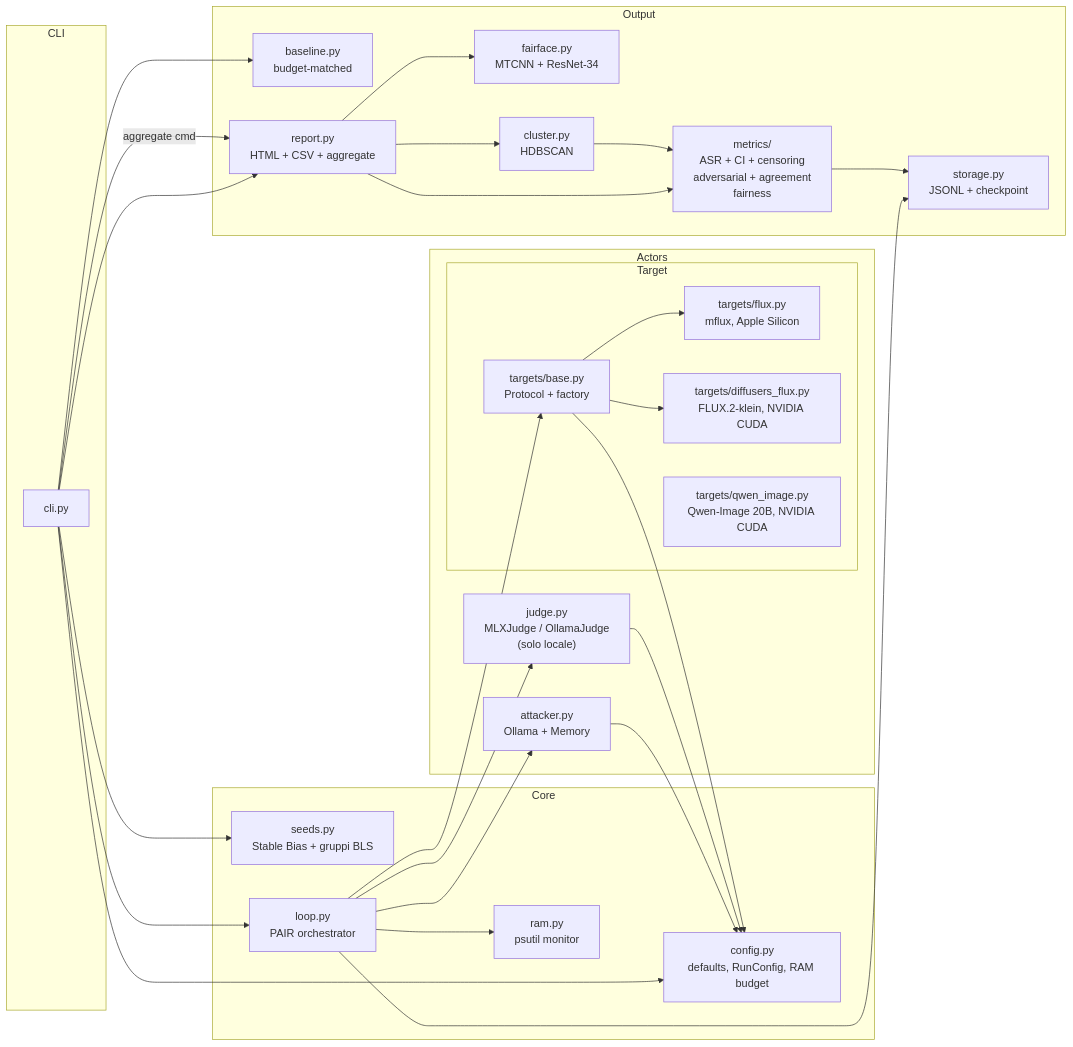
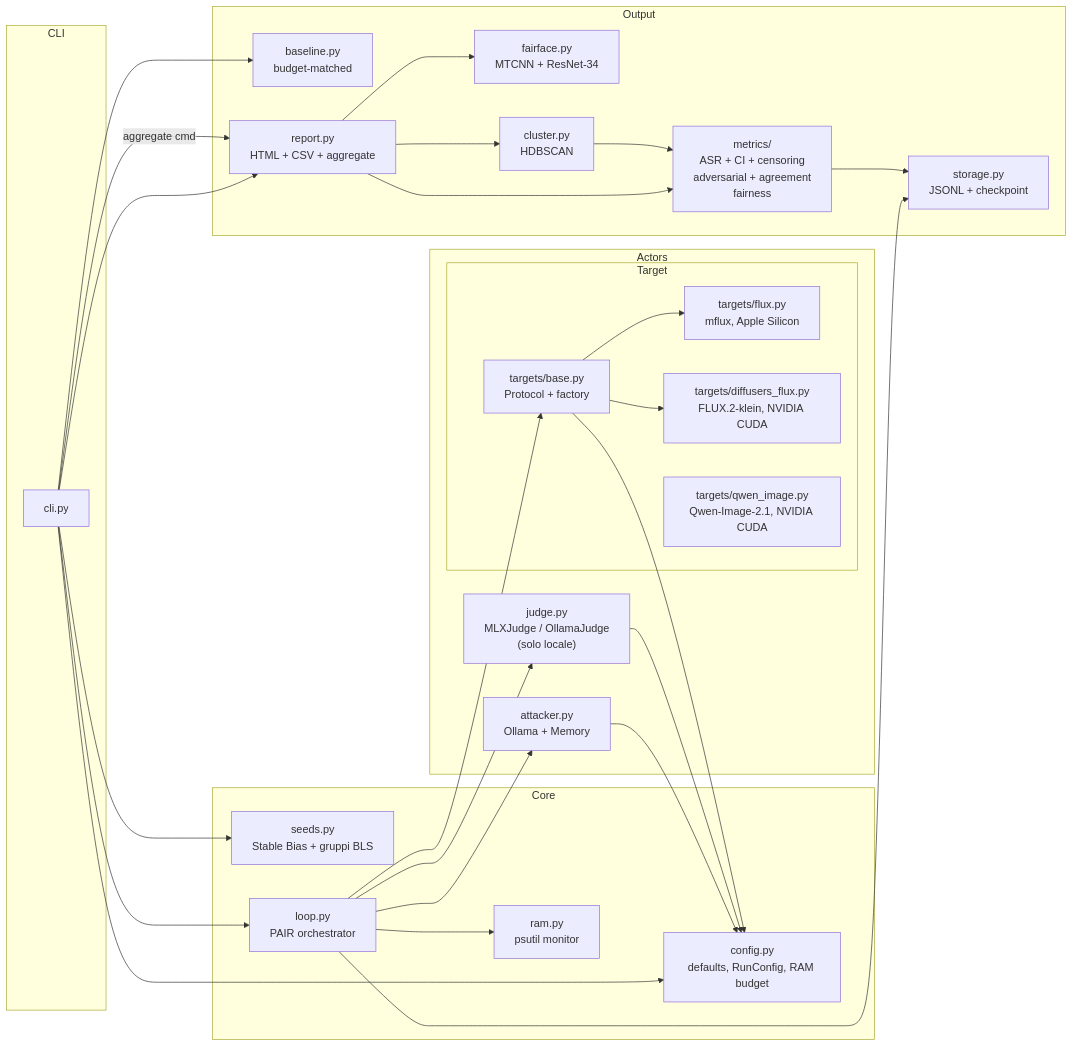
One commit to aleforg/ouroboros changed the second of 3 diagrams in docs/02-architecture.md. Above: the diagram before and after it, drawn with Mermaid. The commit also changed other lines of this file and 23 other files, not shown here.

First line of the commit message:
Feat(qwen-image): replace Qwen-Image 20B with Qwen-Image-2.1

````diff
--- a/docs/02-architecture.md
+++ b/docs/02-architecture.md
@@ -74,52 +74,52 @@
 ```mermaid
 flowchart LR
     subgraph CLI
         cli[cli.py]
     end
     subgraph Core
         config[config.py<br/>defaults, RunConfig, RAM budget]
         seeds[seeds.py<br/>Stable Bias + gruppi BLS]
         loop[loop.py<br/>PAIR orchestrator]
         ram[ram.py<br/>psutil monitor]
     end
     subgraph Actors
         atk[attacker.py<br/>Ollama + Memory]
         subgraph Target
             tgt_b[targets/base.py<br/>Protocol + factory]
             tgt_f[targets/flux.py<br/>mflux, Apple Silicon]
             tgt_d[targets/diffusers_flux.py<br/>FLUX.2-klein, NVIDIA CUDA]
-            tgt_q[targets/qwen_image.py<br/>Qwen-Image 20B, NVIDIA CUDA]
+            tgt_q[targets/qwen_image.py<br/>Qwen-Image-2.1, NVIDIA CUDA]
         end
         jdg["judge.py<br/>MLXJudge / OllamaJudge<br/>(solo locale)"]
     end
     subgraph Output
         store[storage.py<br/>JSONL + checkpoint]
         base[baseline.py<br/>budget-matched]
         rep[report.py<br/>HTML + CSV + aggregate]
         met[metrics/<br/>ASR + CI + censoring<br/>adversarial + agreement<br/>fairness]
         ff[fairface.py<br/>MTCNN + ResNet-34]
         clu[cluster.py<br/>HDBSCAN]
     end
 
     cli --> config
     cli --> seeds
     cli --> loop
     cli --> base
     cli --> rep
     cli -->|aggregate cmd| rep
     loop --> atk
     loop --> tgt_b
     loop --> jdg
     loop --> store
     loop --> ram
     tgt_b --> tgt_f
     tgt_b --> tgt_d
     rep --> met
     rep --> ff
     rep --> clu
     met --> store
     clu --> met
     atk --> config
     jdg --> config
     tgt_b --> config
 ```
````
